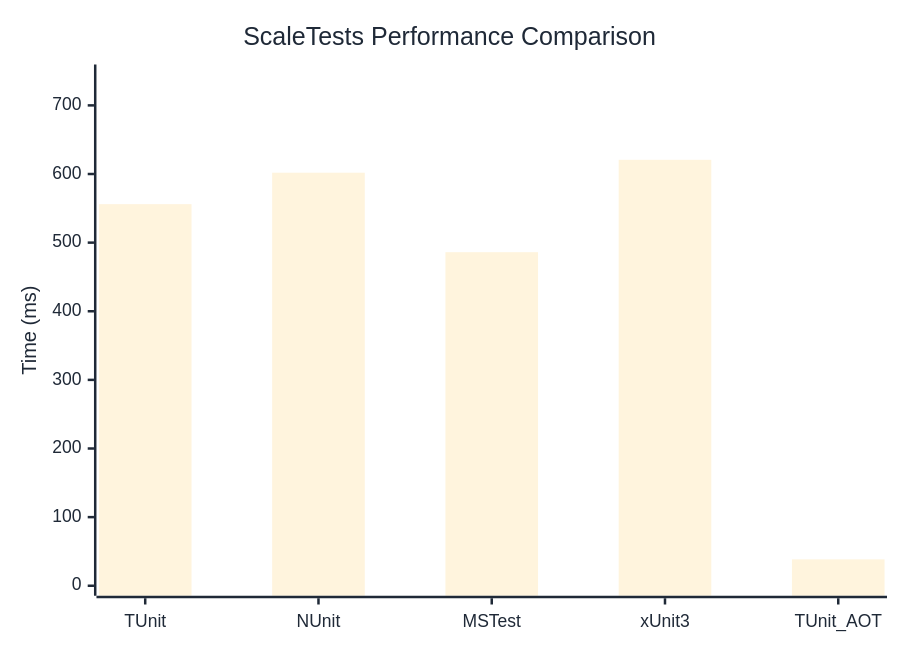
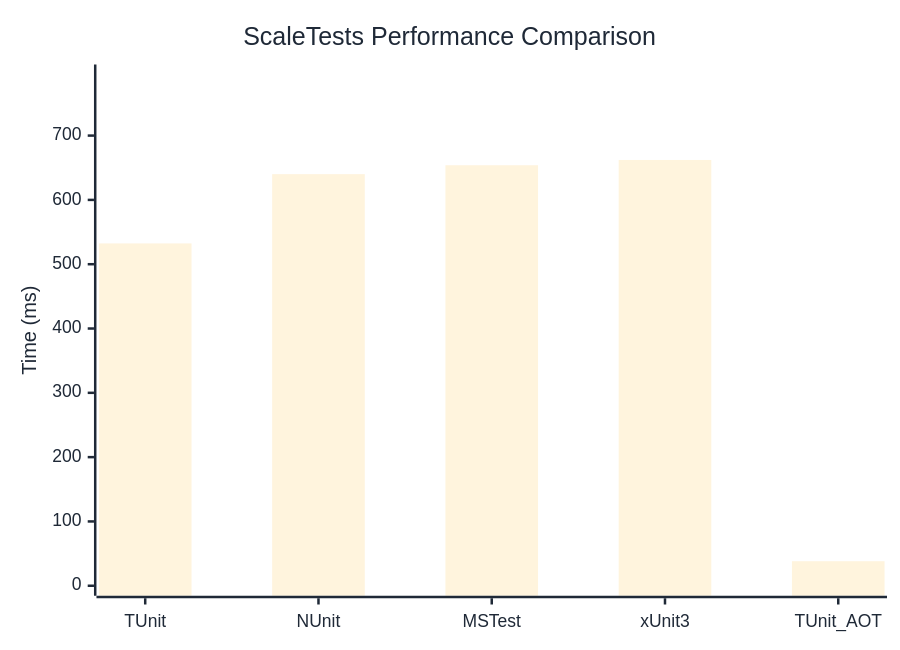
One commit to thomhurst/TUnit changed the diagram in docs/docs/benchmarks/ScaleTests.md. Above: the diagram before and after it, drawn with Mermaid. The commit also changed other lines of this file and 17 other files, not shown here.

````diff
--- a/docs/docs/benchmarks/ScaleTests.md
+++ b/docs/docs/benchmarks/ScaleTests.md
@@ -27,37 +27,37 @@
 ```mermaid
 %%{init: {
   'theme':'base',
   'themeVariables': {
     'primaryColor': '#2563eb',
     'primaryTextColor': '#1f2937',
     'primaryBorderColor': '#1e40af',
     'lineColor': '#6b7280',
     'secondaryColor': '#7c3aed',
     'tertiaryColor': '#dc2626',
     'background': '#ffffff',
     'mainBkg': '#2563eb',
     'secondBkg': '#7c3aed',
     'tertiaryBkg': '#dc2626',
     'clusterBkg': '#f3f4f6',
     'edgeLabelBackground': '#ffffff',
     'tertiaryTextColor': '#1f2937',
     'pie1': '#2563eb',
     'pie2': '#7c3aed',
     'pie3': '#dc2626',
     'pie4': '#f59e0b',
     'pie5': '#10b981',
     'pie6': '#06b6d4',
     'pie7': '#ec4899',
     'pie8': '#6366f1',
     'pie9': '#84cc16',
     'pie10': '#f97316',
     'pie11': '#14b8a6',
     'pie12': '#a855f7'
   }
 }}%%
 xychart-beta
   title "ScaleTests Performance Comparison"
   x-axis ["TUnit", "NUnit", "MSTest", "xUnit3", "TUnit_AOT"]
-  y-axis "Time (ms)" 0 --> 745
-  bar [556.05, 601.91, 486.06, 620.69, 38.44]
+  y-axis "Time (ms)" 0 --> 795
+  bar [532.35, 640.04, 653.88, 662.09, 38.16]
 ```
````
